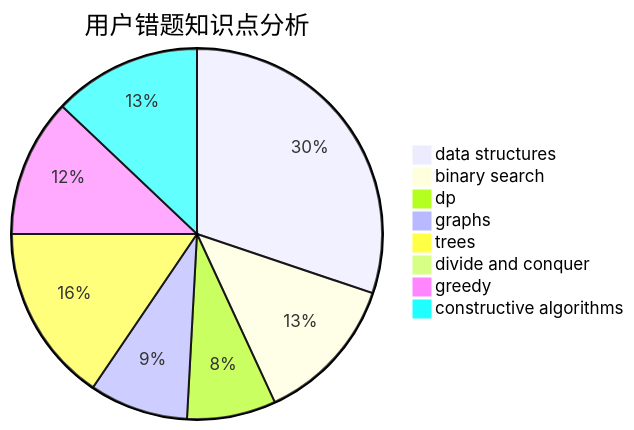
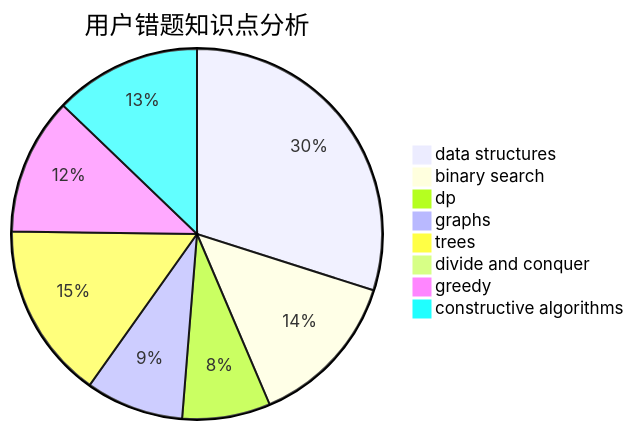
Before and after one commit to sherpahu/cfrs.github.io: the third of 3 diagrams in docs/user/u1402.md, drawn with Mermaid. The commit also changed other lines of this file and 2770 other files, not shown here.

````diff
--- a/docs/user/u1402.md
+++ b/docs/user/u1402.md
@@ -36,11 +36,11 @@
 ```mermaid
 pie title 用户错题知识点分析
     "data structures" :  35
-    "binary search" :  15
+    "binary search" :  16
     "dp" :  9
     "graphs" :  10
     "trees" :  18
     "divide and conquer" :  0
     "greedy" :  14
     "constructive algorithms" :  15
 ```
````
